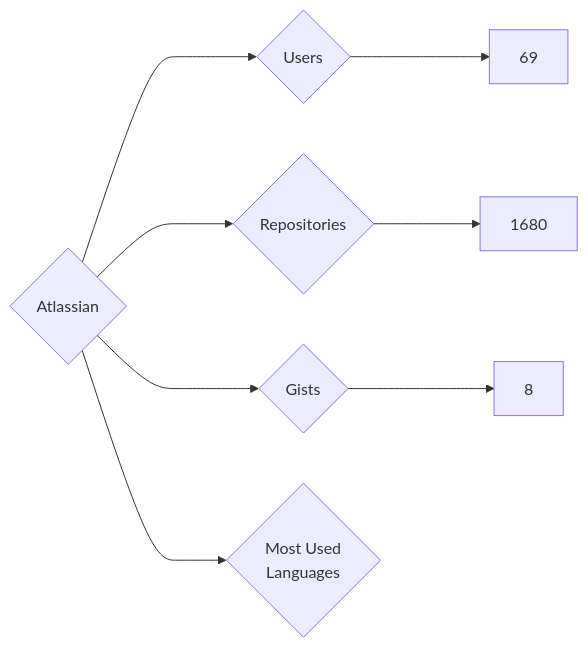
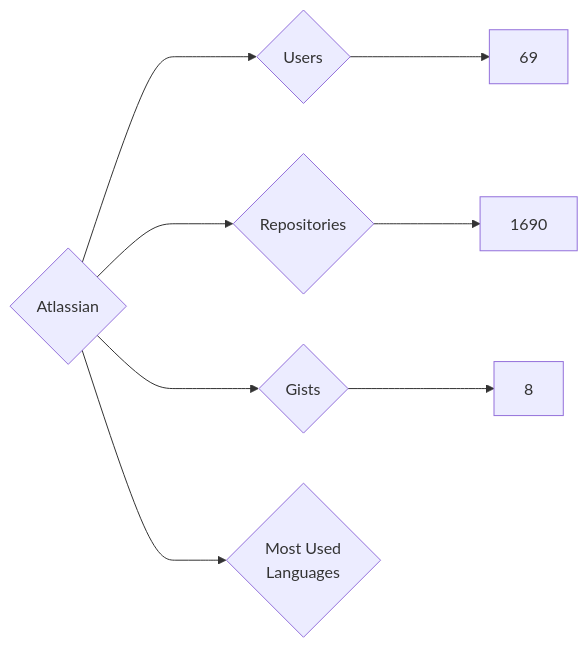
Before and after one commit to nenadzaric/insiders: the diagram in targets/Atlassian/README.md, drawn with Mermaid. The commit also changed 53 other files, not shown here.

````diff
--- a/targets/Atlassian/README.md
+++ b/targets/Atlassian/README.md
@@ -3,8 +3,8 @@
 ```mermaid
 graph LR
 COMPANY_NAME{Atlassian}
 COMPANY_NAME ---> U{Users} ---> UN[69]
-COMPANY_NAME ---> R{Repositories} ---> RN[1680]
+COMPANY_NAME ---> R{Repositories} ---> RN[1690]
 COMPANY_NAME ---> G{Gists} ---> GN[8]
 COMPANY_NAME ---> ML{Most Used<br>Languages}
 ```
````
